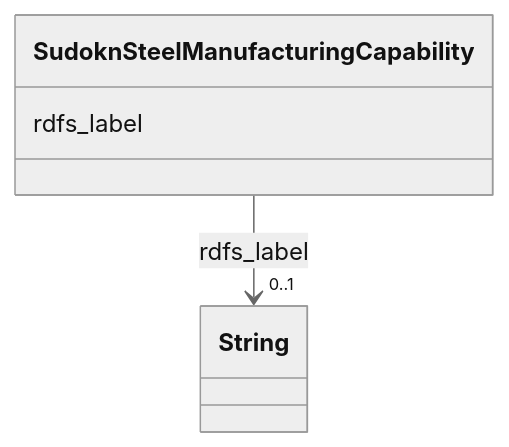
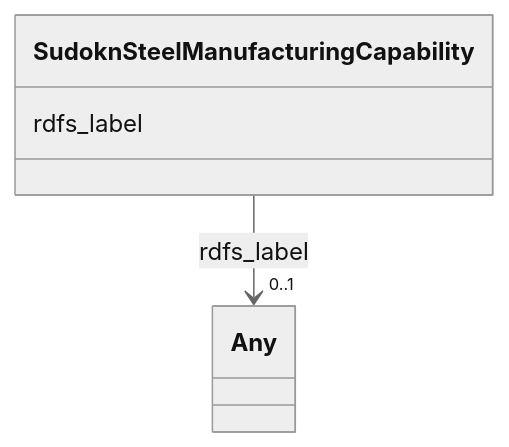
Before and after one commit to frink-okn/graph-descriptions: the diagram in sudokn-kg/classes/SudoknSteelManufacturingCapability.md, drawn with Mermaid (neutral theme). The commit also changed other lines of this file and 903 other files, not shown here.

````diff
--- a/sudokn-kg/classes/SudoknSteelManufacturingCapability.md
+++ b/sudokn-kg/classes/SudoknSteelManufacturingCapability.md
@@ -23,15 +18,15 @@
 ```mermaid
  classDiagram
     class SudoknSteelManufacturingCapability
     click SudoknSteelManufacturingCapability href "../SudoknSteelManufacturingCapability"
       SudoknSteelManufacturingCapability : rdfs_label
         
           
     
     
-    SudoknSteelManufacturingCapability --> "0..1" String : rdfs_label
-    click String href "../String"
+    SudoknSteelManufacturingCapability --> "0..1" Any : rdfs_label
+    click Any href "../Any"
 
         
       
 ```
````
